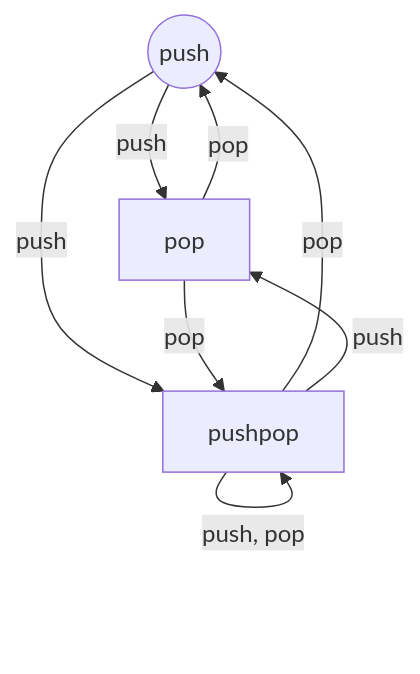
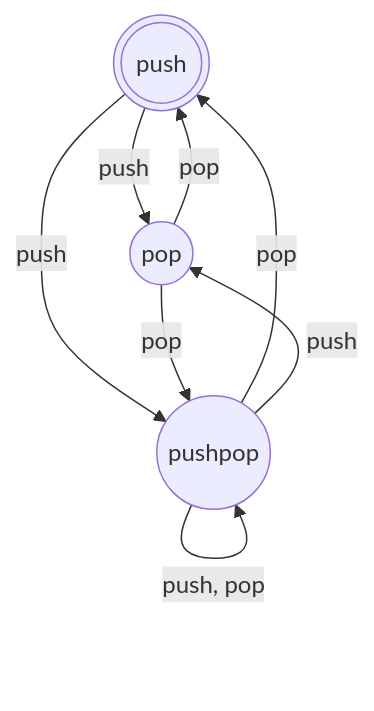
Before and after one commit to LeoMansini/stack_epa: the diagram in readme.md, drawn with Mermaid.

Commit message:
initial state

````diff
--- a/readme.md
+++ b/readme.md
@@ -50,10 +50,11 @@
 ```mermaid
 graph TD;
-    push((push))-->|push|pop;
-    push((push))-->|push|pushpop;
-    pop-->|pop|push;
+    push(((push)))-->|push|pop;
+    push-->|push|pushpop;
+    pop((pop))-->|pop|push;
     pop-->|pop|pushpop;
-    pushpop-->|pop|push;
+    pushpop((pushpop))-->|pop|push;
     pushpop-->|push|pop;
     pushpop-->|push, pop|pushpop;
+
 ```
````
